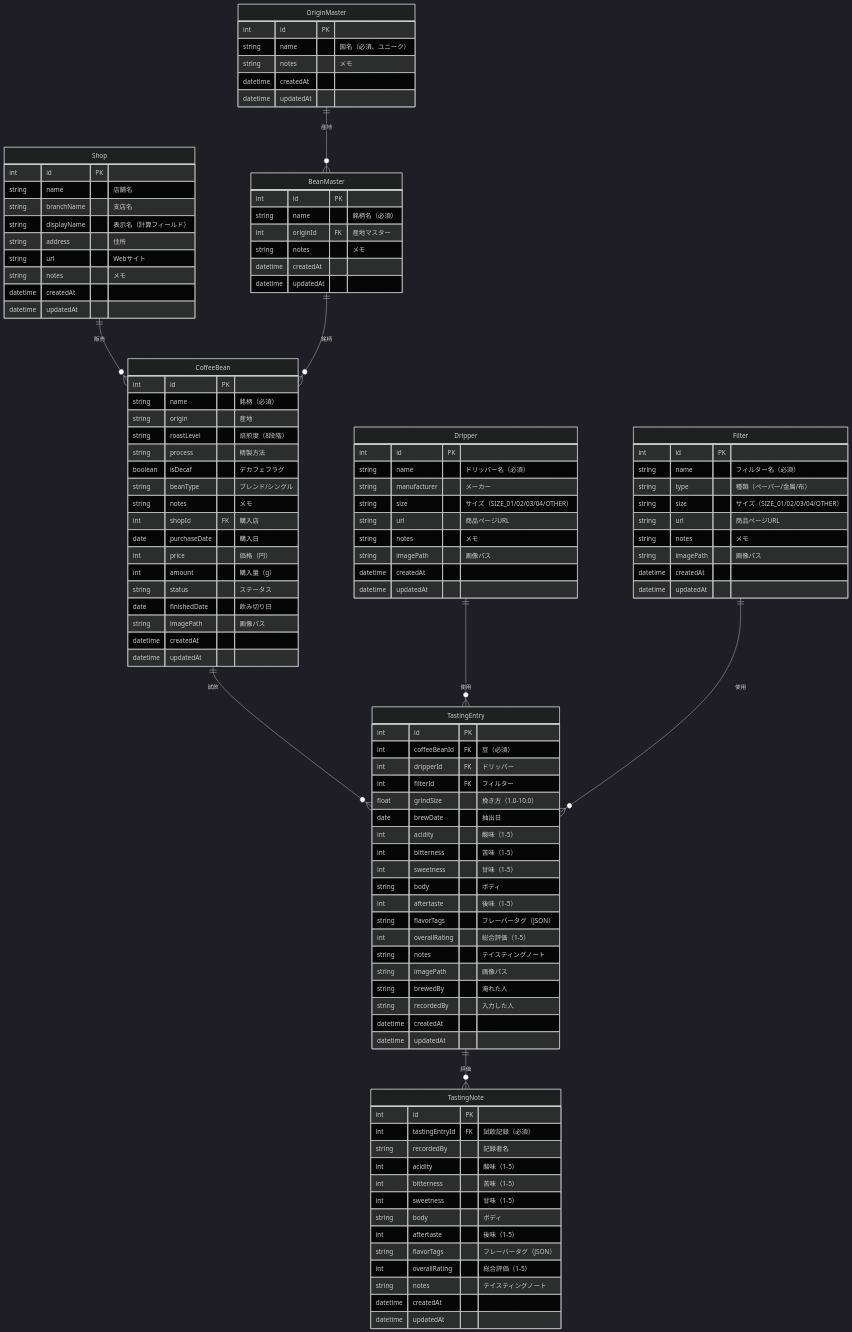
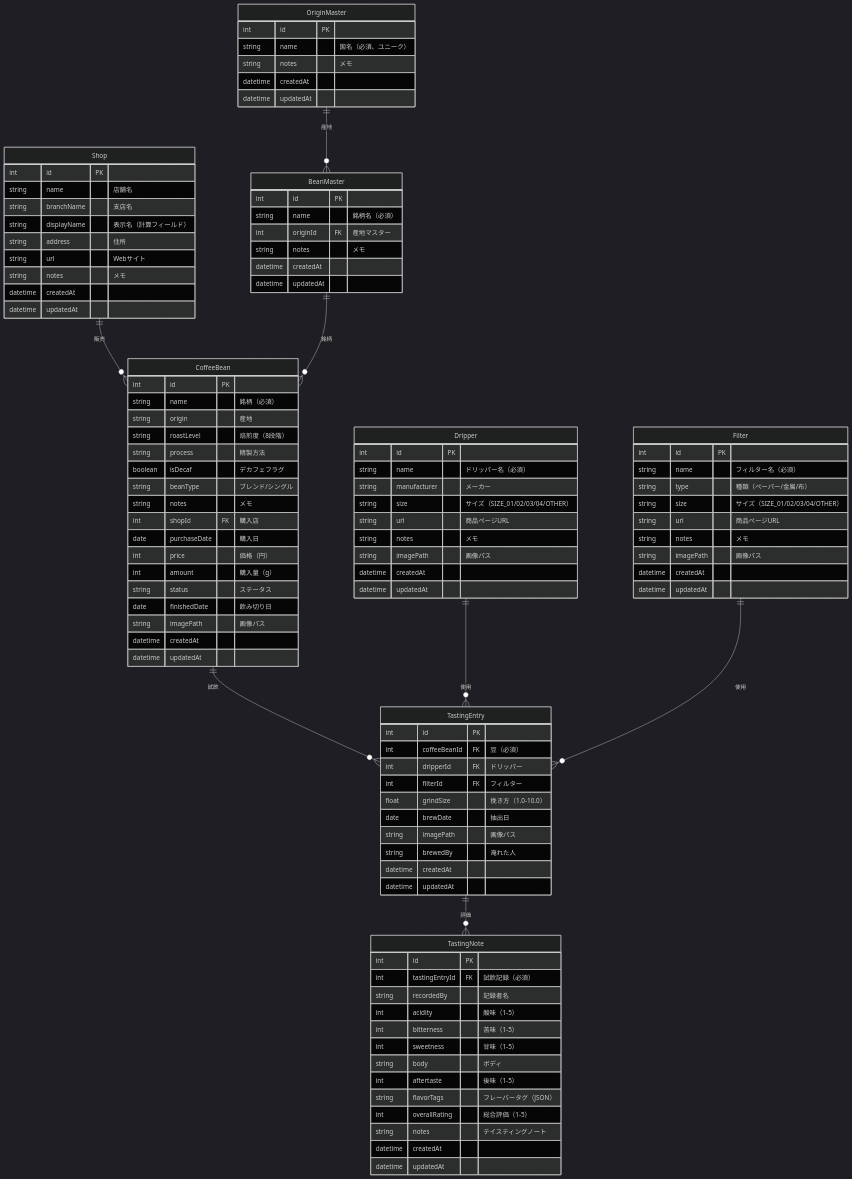
One commit to jyama4ta/coffee-tasting-journal changed the diagram in docs/data-model.md. Above: the diagram before and after it, drawn with Mermaid (dark theme). The commit also changed other lines of this file and 20 other files, not shown here.

```diff
--- a/docs/data-model.md
+++ b/docs/data-model.md
@@ -97,17 +97,8 @@
         int filterId FK "フィルター"
         float grindSize "挽き方（1.0-10.0）"
         date brewDate "抽出日"
-        int acidity "酸味（1-5）"
-        int bitterness "苦味（1-5）"
-        int sweetness "甘味（1-5）"
-        string body "ボディ"
-        int aftertaste "後味（1-5）"
-        string flavorTags "フレーバータグ（JSON）"
-        int overallRating "総合評価（1-5）"
-        string notes "テイスティングノート"
         string imagePath "画像パス"
         string brewedBy "淹れた人"
-        string recordedBy "入力した人"
         datetime createdAt
         datetime updatedAt
     }
```
